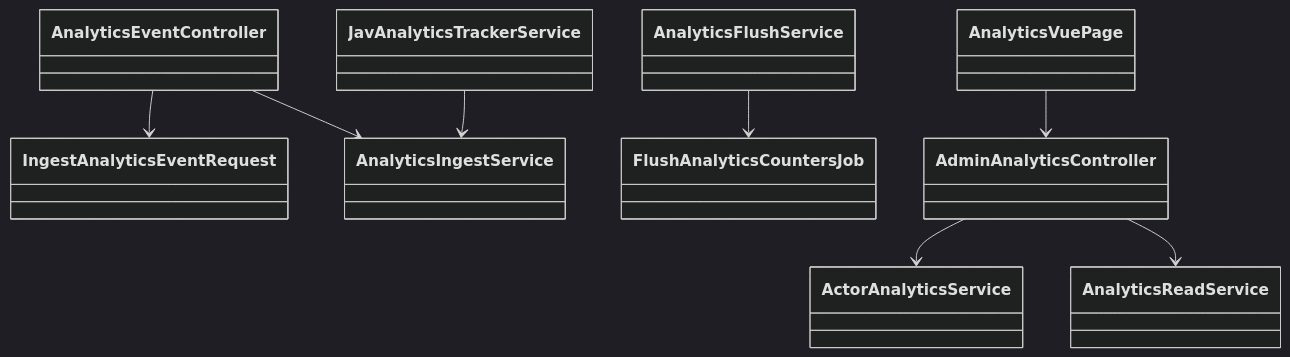
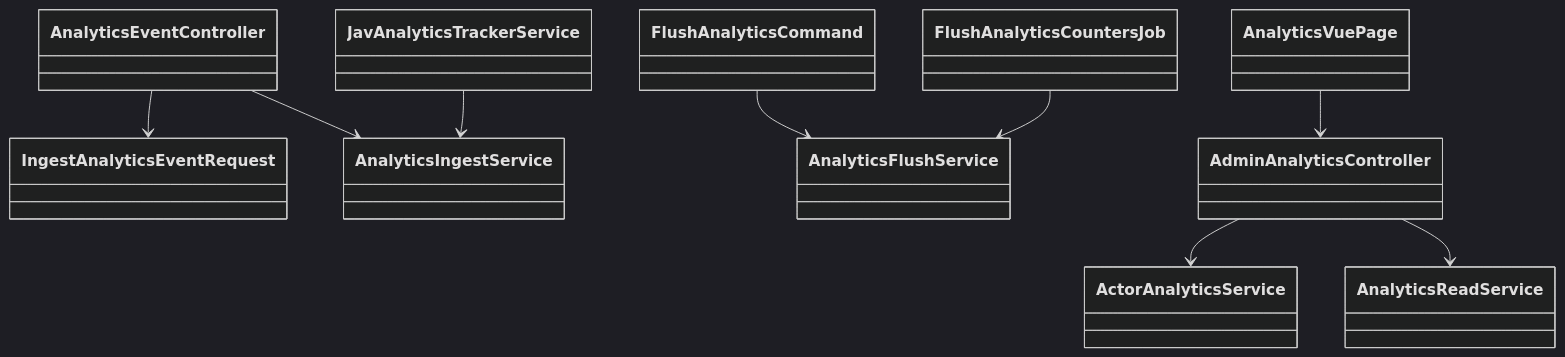
The diagram in docs/architecture/system-design.md (jooservices/XCrawlerII), drawn with Mermaid (dark theme) before and after one commit. The commit also changed 16 other files, not shown here.

````diff
--- a/docs/architecture/system-design.md
+++ b/docs/architecture/system-design.md
@@ -13,21 +13,23 @@
 ```mermaid
 classDiagram
 class AnalyticsEventController
 class IngestAnalyticsEventRequest
 class AnalyticsIngestService
 class AnalyticsFlushService
+class FlushAnalyticsCommand
 class FlushAnalyticsCountersJob
 class ActorAnalyticsService
 class AnalyticsReadService
 class JavAnalyticsTrackerService
 class AdminAnalyticsController
 class AnalyticsVuePage
 
 AnalyticsEventController --> IngestAnalyticsEventRequest
 AnalyticsEventController --> AnalyticsIngestService
-AnalyticsFlushService --> FlushAnalyticsCountersJob
+FlushAnalyticsCommand --> AnalyticsFlushService
+FlushAnalyticsCountersJob --> AnalyticsFlushService
 AdminAnalyticsController --> ActorAnalyticsService
 AdminAnalyticsController --> AnalyticsReadService
 JavAnalyticsTrackerService --> AnalyticsIngestService
 AnalyticsVuePage --> AdminAnalyticsController
 ```
````
